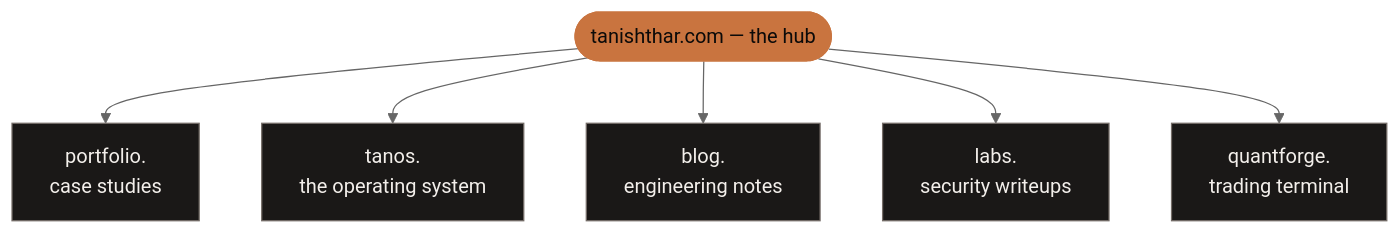
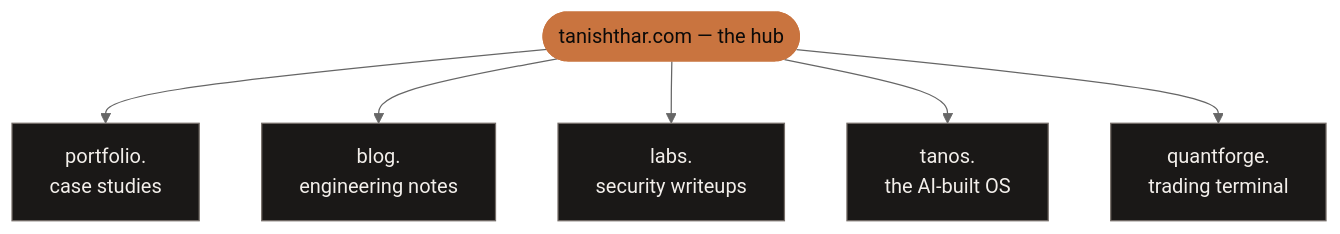
Before and after one commit to Tanishthar/Tanishthar: the second of 2 diagrams in README.md, drawn with Mermaid (neutral theme). The commit also changed other lines of this file, not shown here.

````diff
--- a/README.md
+++ b/README.md
@@ -236,17 +231,17 @@
 ```mermaid
 flowchart TD
     H([" tanishthar.com — the hub "])
 
     H --> P[" portfolio.<br/>case studies "]
-    H --> T[" tanos.<br/>the operating system "]
     H --> B[" blog.<br/>engineering notes "]
     H --> L[" labs.<br/>security writeups "]
+    H --> T[" tanos.<br/>the AI-built OS "]
     H --> Q[" quantforge.<br/>trading terminal "]
 
     style H fill:#C9743F,stroke:#C9743F,color:#0b0a09
     style P fill:#1a1817,stroke:#756d68,color:#f3efeb
     style T fill:#1a1817,stroke:#756d68,color:#f3efeb
     style B fill:#1a1817,stroke:#756d68,color:#f3efeb
     style L fill:#1a1817,stroke:#756d68,color:#f3efeb
     style Q fill:#1a1817,stroke:#756d68,color:#f3efeb
 ```
````
